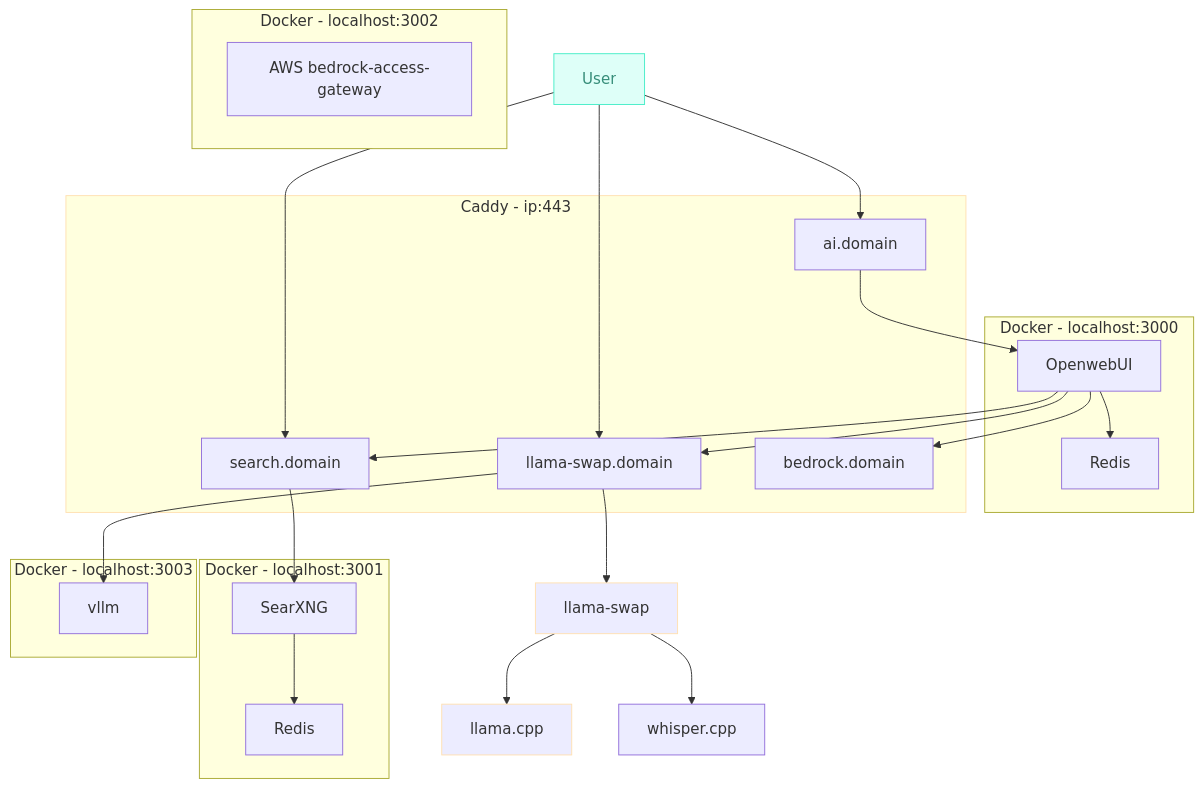
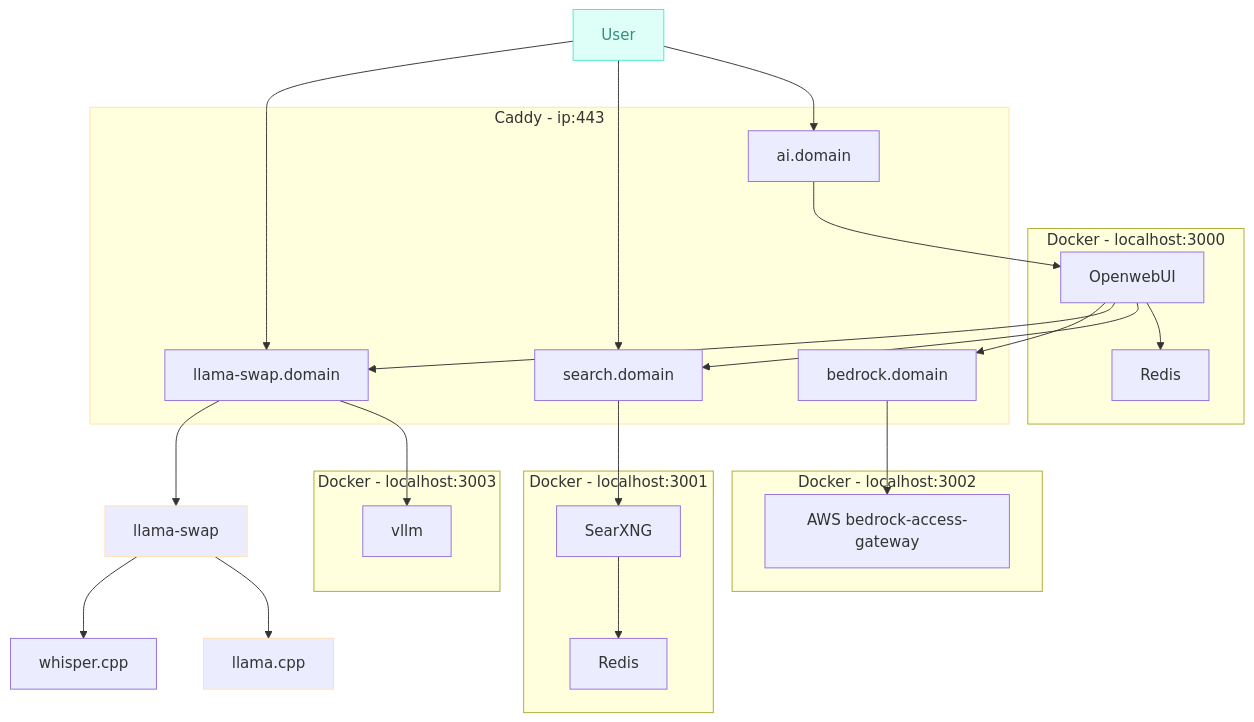
One commit to cycl00ps/ai-lab changed the diagram in README.md. Above: the diagram before and after it, drawn with Mermaid.

````diff
--- a/README.md
+++ b/README.md
@@ -13,41 +13,42 @@
 ```mermaid
 flowchart TD
  subgraph subGraph0["Docker - localhost:3000"]
         B["Redis"]
         A["OpenwebUI"]
   end
  subgraph subGraph1["Docker - localhost:3001"]
         D["Redis"]
         C["SearXNG"]
   end
  subgraph subGraph2["Caddy - ip:443"]
         E["ai.domain"]
         H["search.domain"]
         J["llama-swap.domain"]
         Y["bedrock.domain"]
   end
  subgraph subGraph3["Docker - localhost:3003"]
         K["vllm"]
   end
  subgraph subGraph4["Docker - localhost:3002"]
         L["AWS bedrock-access-gateway"]
   end
 
     A --> B & H & J & Y
     C --> D
     E --> A
     H --> C
     F["llama-swap"] --> G["llama.cpp"]
     F["llama-swap"] --> Z["whisper.cpp"]
     J --> K
     I["User"] --> E
     I["User"] --> H
     I --> J
     J --> F
+    Y --> L
 
 I:::Aqua
     classDef Aqua stroke-width:1px, stroke-dasharray:none, stroke:#46EDC8, fill:#DEFFF8, color:#378E7A
     style F stroke:#FFE0B2
     style G stroke:#FFE0B2
     style subGraph2 stroke:#FFE0B2
 ```
````
